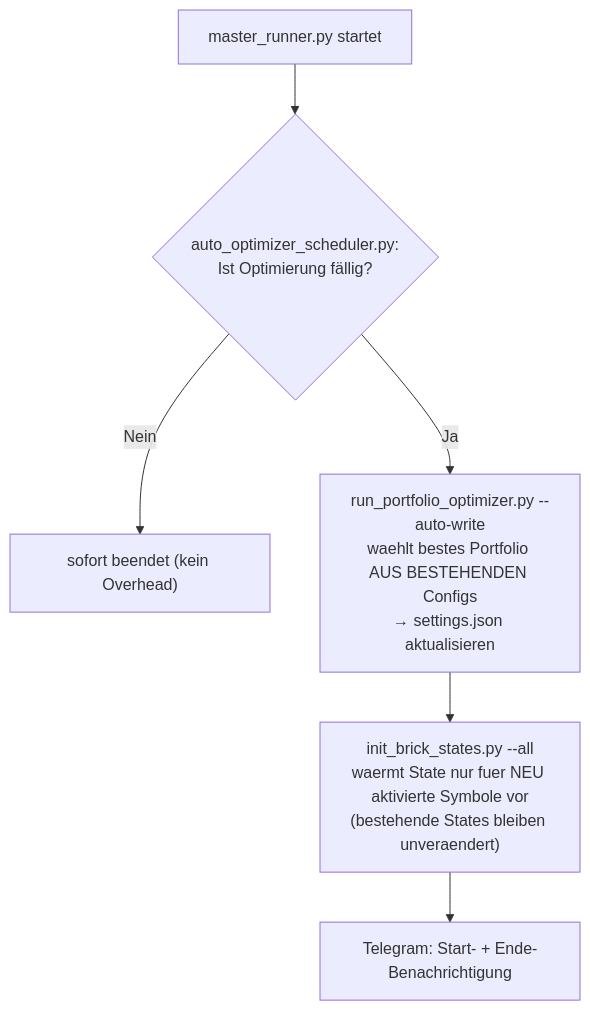
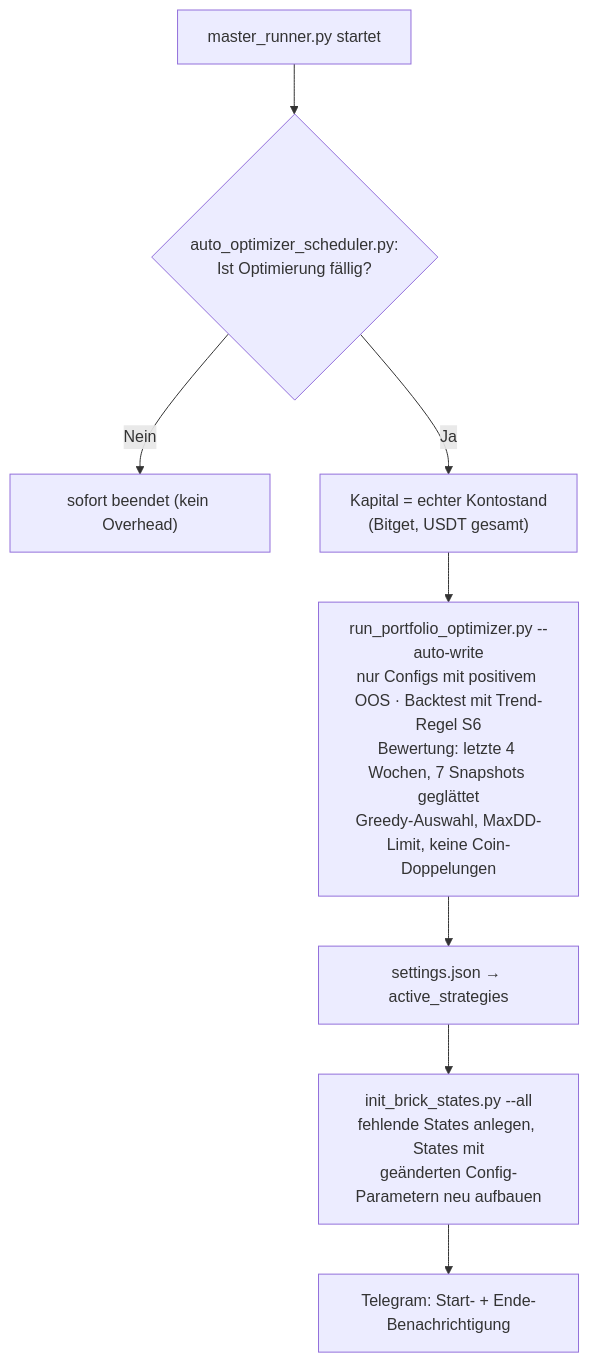
The seventh of 8 diagrams in README.md (Youra82/zerobot), drawn with Mermaid before and after one commit. The commit also changed other lines of this file and 4 other files, not shown here.

First line of the commit message:
README komplett aktualisiert: Trend-Regel S6, echte Live-Logik, neue Grafiken

````diff
--- a/README.md
+++ b/README.md
@@ -927,8 +1026,10 @@
 ```mermaid
 flowchart TD
     A["master_runner.py startet"] --> B{"auto_optimizer_scheduler.py:<br/>Ist Optimierung fällig?"}
     B -- Nein --> C["sofort beendet (kein Overhead)"]
-    B -- Ja --> D["run_portfolio_optimizer.py --auto-write<br/>waehlt bestes Portfolio AUS BESTEHENDEN Configs<br/>→ settings.json aktualisieren"]
-    D --> E["init_brick_states.py --all<br/>waermt State nur fuer NEU aktivierte Symbole vor<br/>(bestehende States bleiben unveraendert)"]
+    B -- Ja --> K["Kapital = echter Kontostand<br/>(Bitget, USDT gesamt)"]
+    K --> D["run_portfolio_optimizer.py --auto-write<br/>nur Configs mit positivem OOS · Backtest mit Trend-Regel S6<br/>Bewertung: letzte 4 Wochen, 7 Snapshots geglättet<br/>Greedy-Auswahl, MaxDD-Limit, keine Coin-Doppelungen"]
+    D --> W["settings.json → active_strategies"]
+    W --> E["init_brick_states.py --all<br/>fehlende States anlegen, States mit<br/>geänderten Config-Parametern neu aufbauen"]
     E --> F["Telegram: Start- + Ende-Benachrichtigung"]
 ```
````
